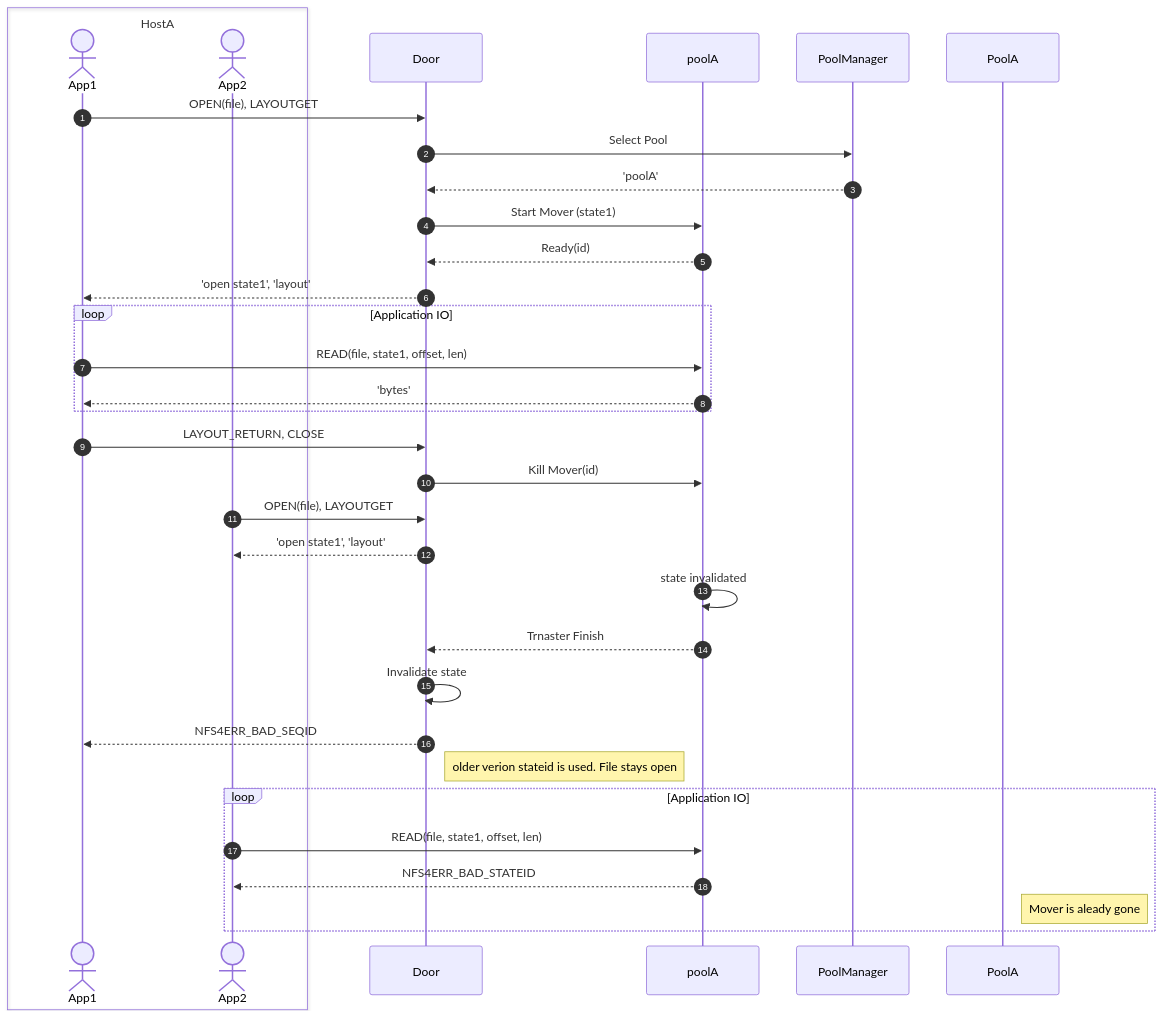
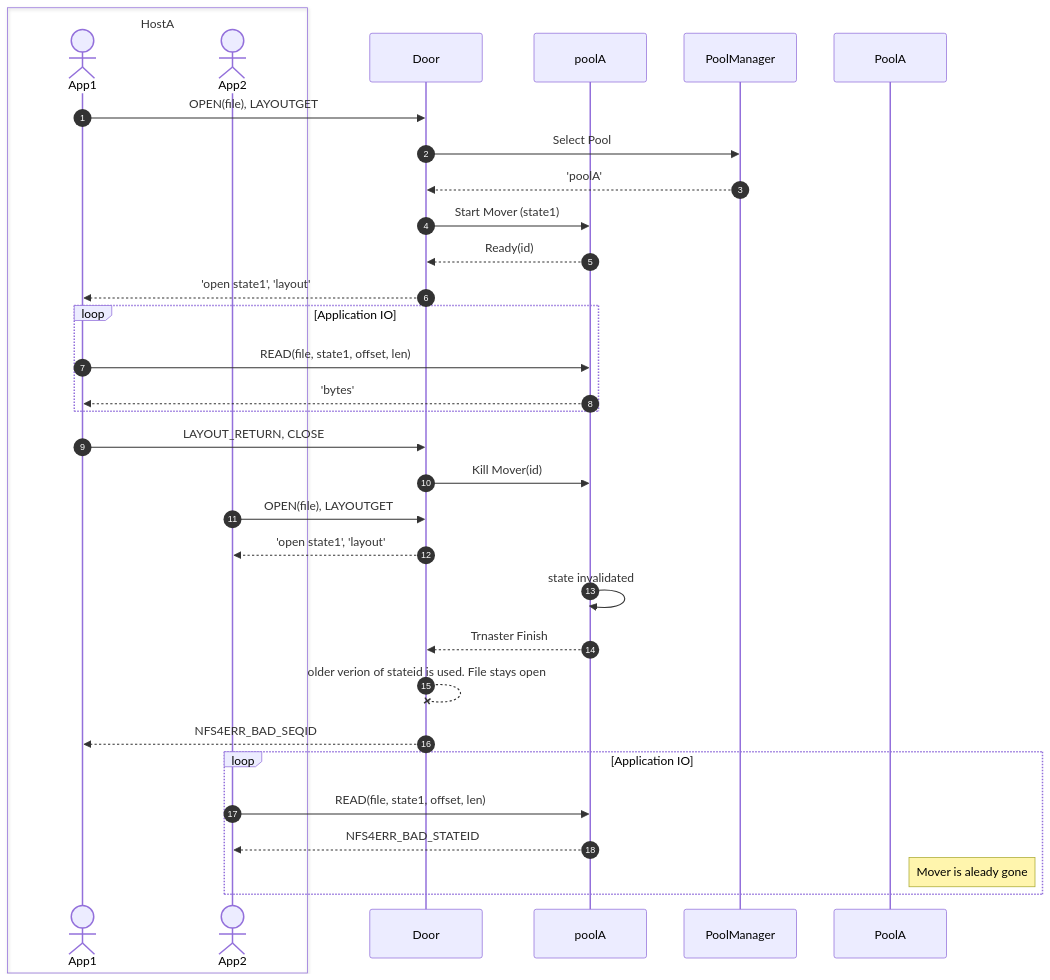
One commit to dCache/dcache changed the sixth of 7 diagrams in modules/dcache-nfs/README.md. Above: the diagram before and after it, drawn with Mermaid. The commit also changed other lines of this file, not shown here.

Commit message:
docs: more pnfs flow diagrams

````diff
--- a/modules/dcache-nfs/README.md
+++ b/modules/dcache-nfs/README.md
@@ -110,41 +110,39 @@
 ```mermaid
 sequenceDiagram
     autonumber
     box HostA
     actor ClientA as App1
     actor ClientB as App2
     end
     participant Door
     participant poolA
     participant PoolManager
     ClientA->>Door: OPEN(file), LAYOUTGET 
     Door->>PoolManager: Select Pool
     PoolManager-->>Door: 'poolA'
     Door->>poolA: Start Mover (state1)
     poolA-->>Door: Ready(id)
     Door-->>ClientA: 'open state1', 'layout'
 
     loop Application IO
         ClientA->>poolA: READ(file, state1, offset, len)
         poolA-->>ClientA: 'bytes'
     end
     
     ClientA->>Door: LAYOUT_RETURN, CLOSE
     Door->>poolA: Kill Mover(id)
     
     ClientB->>Door: OPEN(file), LAYOUTGET  
     Door-->>ClientB: 'open state1', 'layout'
     
     poolA->>poolA: state invalidated
     poolA-->>Door: Trnaster Finish
-    Door->>Door: Invalidate state
+    Door--xDoor: older verion of stateid is used. File stays open
     Door-->>ClientA: NFS4ERR_BAD_SEQID
-    Note right of Door: older verion stateid is used. File stays open
     
     loop Application IO
         ClientB->>poolA: READ(file, state1, offset, len)
         poolA-->>ClientB: NFS4ERR_BAD_STATEID
         Note right of PoolA: Mover is aleady gone
     end
-    
 ```
````
